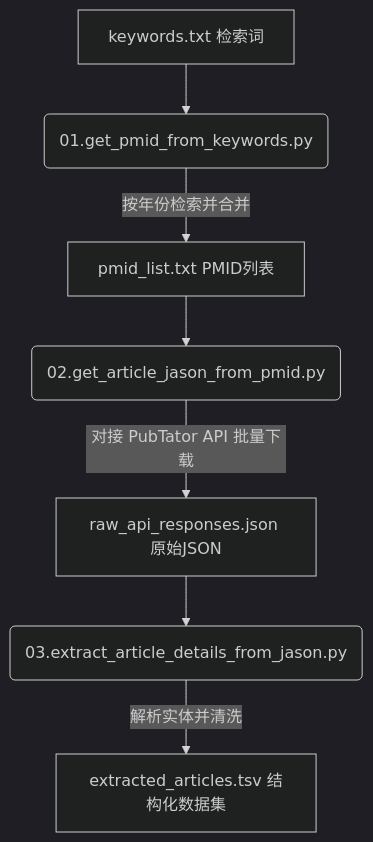
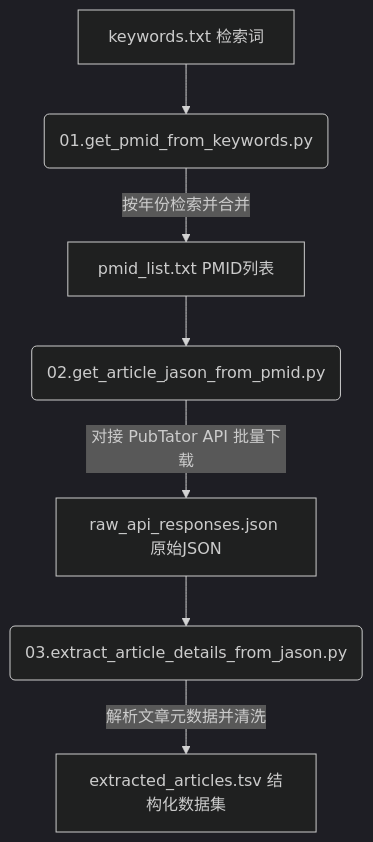
Before and after one commit to SunnyLuis/Literature_Mining_Pipeline: the diagram in README.md, drawn with Mermaid (dark theme). The commit also changed other lines of this file, not shown here.

````diff
--- a/README.md
+++ b/README.md
@@ -9,9 +9,9 @@
 ```mermaid
 graph TD
     A[keywords.txt 检索词] --> B(01.get_pmid_from_keywords.py)
     B -->|按年份检索并合并| C[pmid_list.txt PMID列表]
     C --> D(02.get_article_jason_from_pmid.py)
     D -->|对接 PubTator API 批量下载| E[raw_api_responses.json 原始JSON]
     E --> F(03.extract_article_details_from_jason.py)
-    F -->|解析实体并清洗| G[extracted_articles.tsv 结构化数据集]
+    F -->|解析文章元数据并清洗| G[extracted_articles.tsv 结构化数据集]
 ```
````
